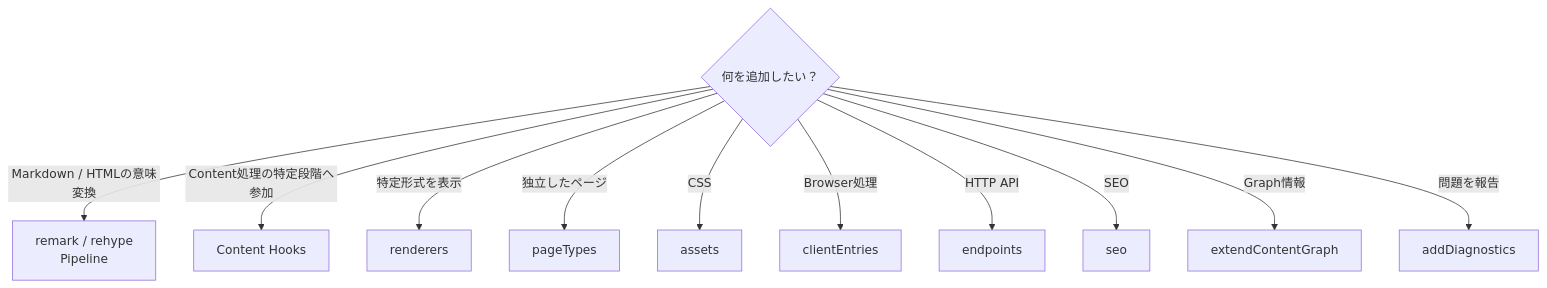
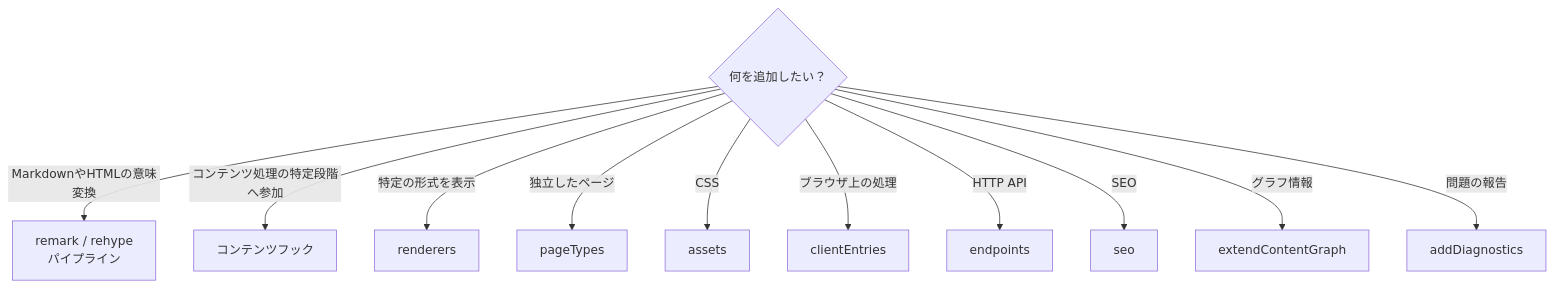
The first of 11 diagrams in docs/docs/reference/plugin-api.ja.md (Rerurate514/riebeckite), drawn with Mermaid before and after one commit. The commit also changed other lines of this file and 310 other files, not shown here.

````diff
--- a/docs/docs/reference/plugin-api.ja.md
+++ b/docs/docs/reference/plugin-api.ja.md
@@ -28,14 +28,14 @@
 ```mermaid
 flowchart TD
     Q{"何を追加したい？"}
-    Q -->|"Markdown / HTMLの意味変換"| Pipeline["remark / rehype<br/>Pipeline"]
-    Q -->|"Content処理の特定段階へ参加"| Hook["Content Hooks"]
-    Q -->|"特定形式を表示"| Renderer["renderers"]
+    Q -->|"MarkdownやHTMLの意味変換"| Pipeline["remark / rehype<br/>パイプライン"]
+    Q -->|"コンテンツ処理の特定段階へ参加"| Hook["コンテンツフック"]
+    Q -->|"特定の形式を表示"| Renderer["renderers"]
     Q -->|"独立したページ"| Page["pageTypes"]
     Q -->|"CSS"| Asset["assets"]
-    Q -->|"Browser処理"| Client["clientEntries"]
+    Q -->|"ブラウザ上の処理"| Client["clientEntries"]
     Q -->|"HTTP API"| Endpoint["endpoints"]
     Q -->|"SEO"| SEO["seo"]
-    Q -->|"Graph情報"| Graph["extendContentGraph"]
-    Q -->|"問題を報告"| Diagnostics["addDiagnostics"]
+    Q -->|"グラフ情報"| Graph["extendContentGraph"]
+    Q -->|"問題の報告"| Diagnostics["addDiagnostics"]
 ```
````
